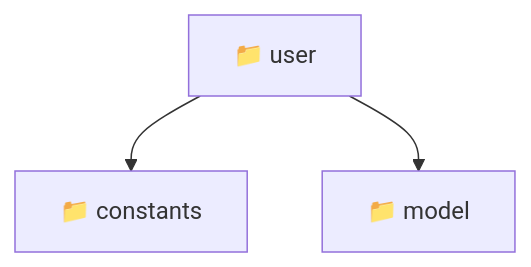
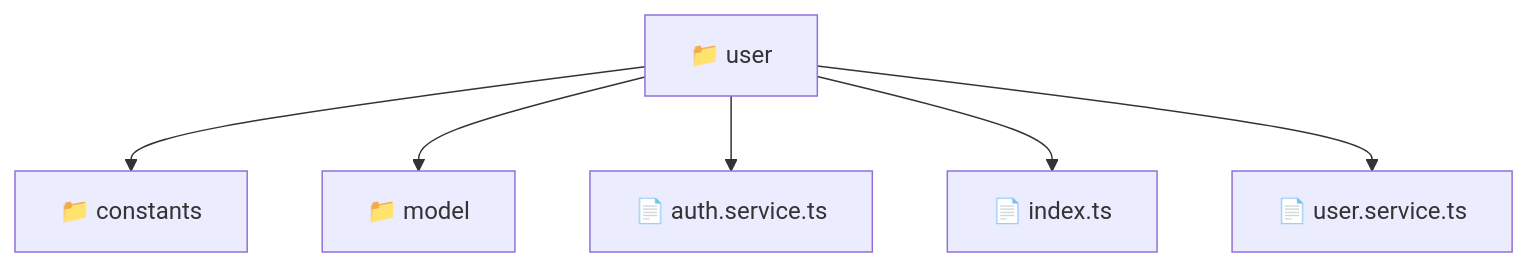
The diagram in frontend/src/entities/user/README.md (beginwebdev2002/fullstack-mavluda), drawn with Mermaid before and after one commit. The commit also changed other lines of this file and 165 other files, not shown here.

First line of the commit message:
docs: generate localized architectural READMEs

````diff
--- a/frontend/src/entities/user/README.md
+++ b/frontend/src/entities/user/README.md
@@ -10,6 +11,9 @@
 ```mermaid
 graph TD
-  Root["📁 user"]
-  Root --> constants["📁 constants"]
-  Root --> model["📁 model"]
+  user["📁 user"]
+  user --> constants["📁 constants"]
+  user --> model["📁 model"]
+  user --> auth_service_ts["📄 auth.service.ts"]
+  user --> index_ts["📄 index.ts"]
+  user --> user_service_ts["📄 user.service.ts"]
 ```
````
